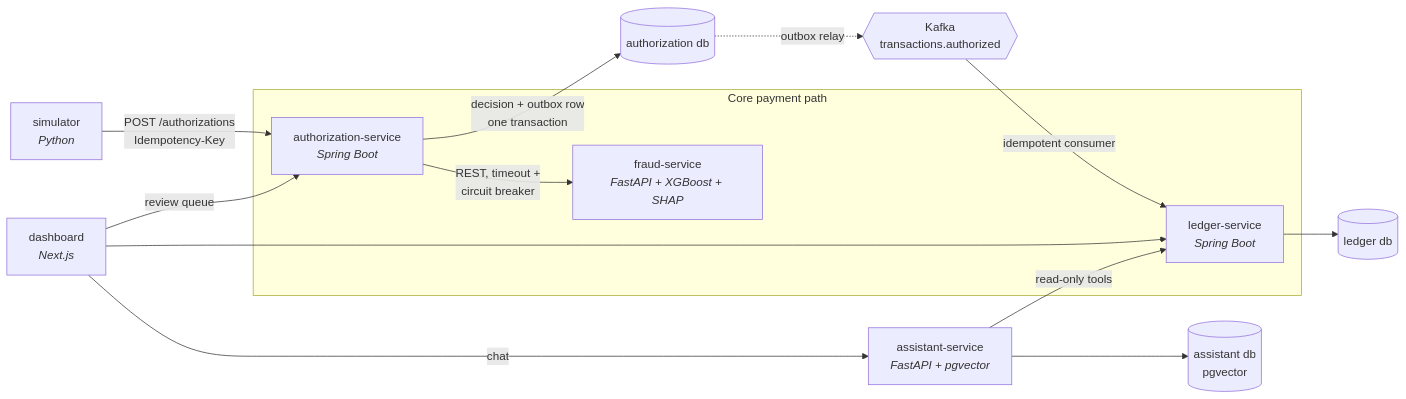
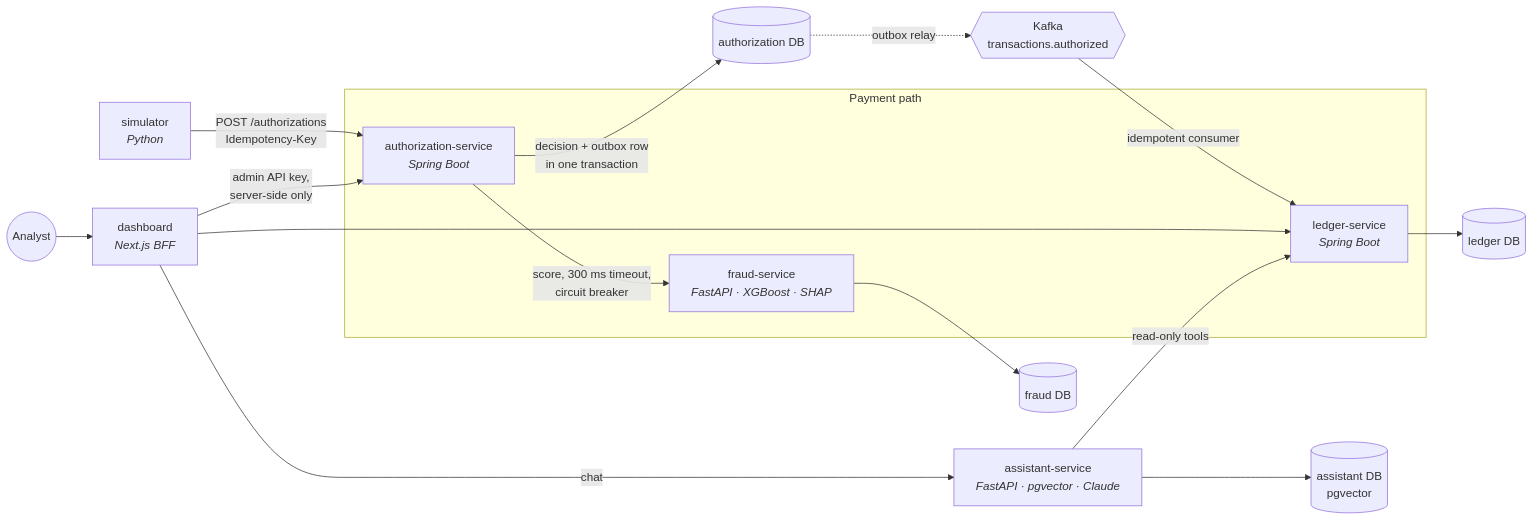
One commit to jasonlam11/cardflow changed the diagram in README.md. Above: the diagram before and after it, drawn with Mermaid. The commit also changed other lines of this file and 2 other files, not shown here.

````diff
--- a/README.md
+++ b/README.md
@@ -12,22 +44,24 @@
 ```mermaid
 flowchart LR
     sim[simulator<br/><i>Python</i>] -->|POST /authorizations<br/>Idempotency-Key| auth
+    analyst((Analyst)) --> dash
 
-    subgraph core [Core payment path]
+    subgraph core [Payment path]
         auth[authorization-service<br/><i>Spring Boot</i>]
-        fraud[fraud-service<br/><i>FastAPI + XGBoost + SHAP</i>]
+        fraud[fraud-service<br/><i>FastAPI · XGBoost · SHAP</i>]
         ledger[ledger-service<br/><i>Spring Boot</i>]
     end
 
-    auth -->|REST, timeout +<br/>circuit breaker| fraud
-    auth -->|decision + outbox row<br/>one transaction| authdb[(authorization db)]
+    auth -->|score, 300 ms timeout,<br/>circuit breaker| fraud
+    auth -->|decision + outbox row<br/>in one transaction| authdb[(authorization DB)]
     authdb -.->|outbox relay| kafka{{Kafka<br/>transactions.authorized}}
     kafka -->|idempotent consumer| ledger
-    ledger --> ledgerdb[(ledger db)]
+    ledger --> ledgerdb[(ledger DB)]
+    fraud --> frauddb[(fraud DB)]
 
-    dash[dashboard<br/><i>Next.js</i>] --> ledger
-    dash -->|review queue| auth
-    dash -->|chat| assist[assistant-service<br/><i>FastAPI + pgvector</i>]
+    dash[dashboard<br/><i>Next.js BFF</i>] -->|admin API key,<br/>server-side only| auth
+    dash --> ledger
+    dash -->|chat| assist[assistant-service<br/><i>FastAPI · pgvector · Claude</i>]
     assist -->|read-only tools| ledger
-    assist --> assistdb[(assistant db<br/>pgvector)]
+    assist --> assistdb[(assistant DB<br/>pgvector)]
 ```
````
